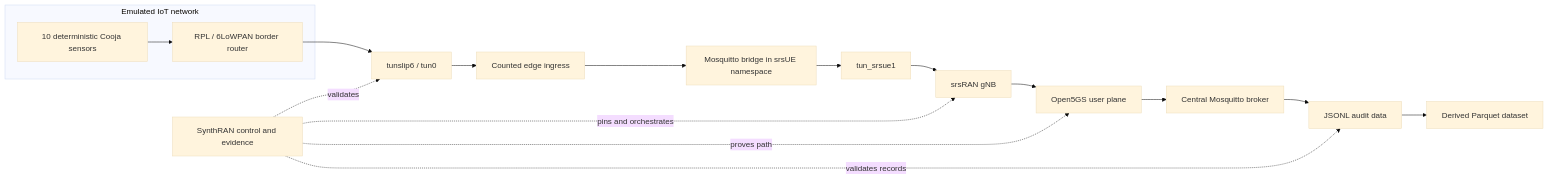
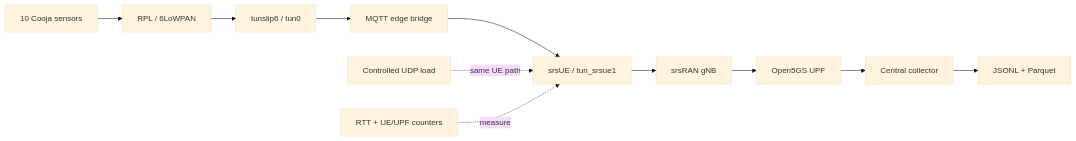
One commit to RA-Nayreed/SynthRAN changed the diagram in README.md. Above: the diagram before and after it, drawn with Mermaid (base theme). The commit also changed other lines of this file and 11 other files, not shown here.

````diff
--- a/README.md
+++ b/README.md
@@ -27,21 +31,14 @@
 ```mermaid
 flowchart LR
-    subgraph IoT["Emulated IoT network"]
-        S["10 deterministic Cooja sensors"] --> R["RPL / 6LoWPAN border router"]
-    end
+    A[10 Cooja sensors] --> B[RPL / 6LoWPAN]
+    B --> C[tunslip6 / tun0]
+    C --> D[MQTT edge bridge]
+    D --> E[srsUE / tun_srsue1]
+    E --> F[srsRAN gNB]
+    F --> G[Open5GS UPF]
+    G --> H[Central collector]
+    H --> I[JSONL + Parquet]
 
-    R --> T["tunslip6 / tun0"]
-    T --> E["Counted edge ingress"]
-    E --> M["Mosquitto bridge in srsUE namespace"]
-    M --> U["tun_srsue1"]
-    U --> G["srsRAN gNB"]
-    G --> C["Open5GS user plane"]
-    C --> B["Central Mosquitto broker"]
-    B --> D["JSONL audit data"]
-    D --> P["Derived Parquet dataset"]
-
-    O["SynthRAN control and evidence"] -. validates .-> T
-    O -. pins and orchestrates .-> G
-    O -. proves path .-> C
-    O -. validates records .-> D
+    J[Controlled UDP load] -. same UE path .-> E
+    K[RTT + UE/UPF counters] -. measure .-> E
 ```
````
